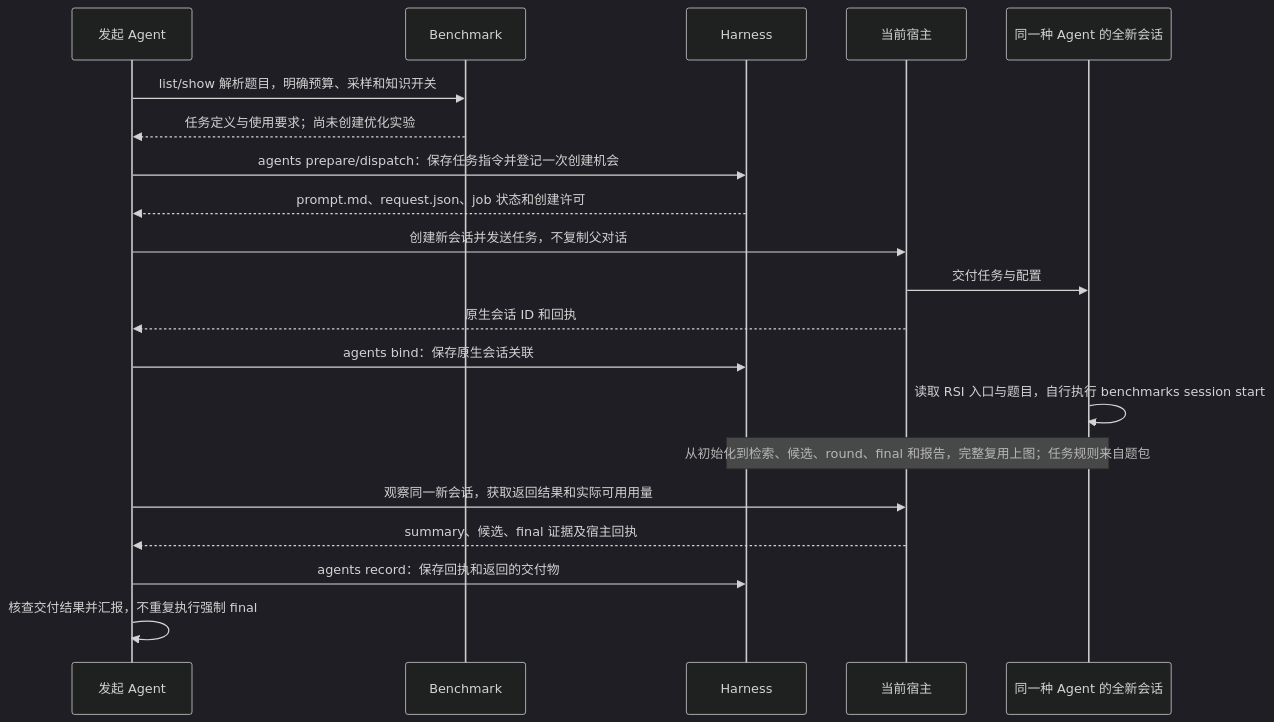
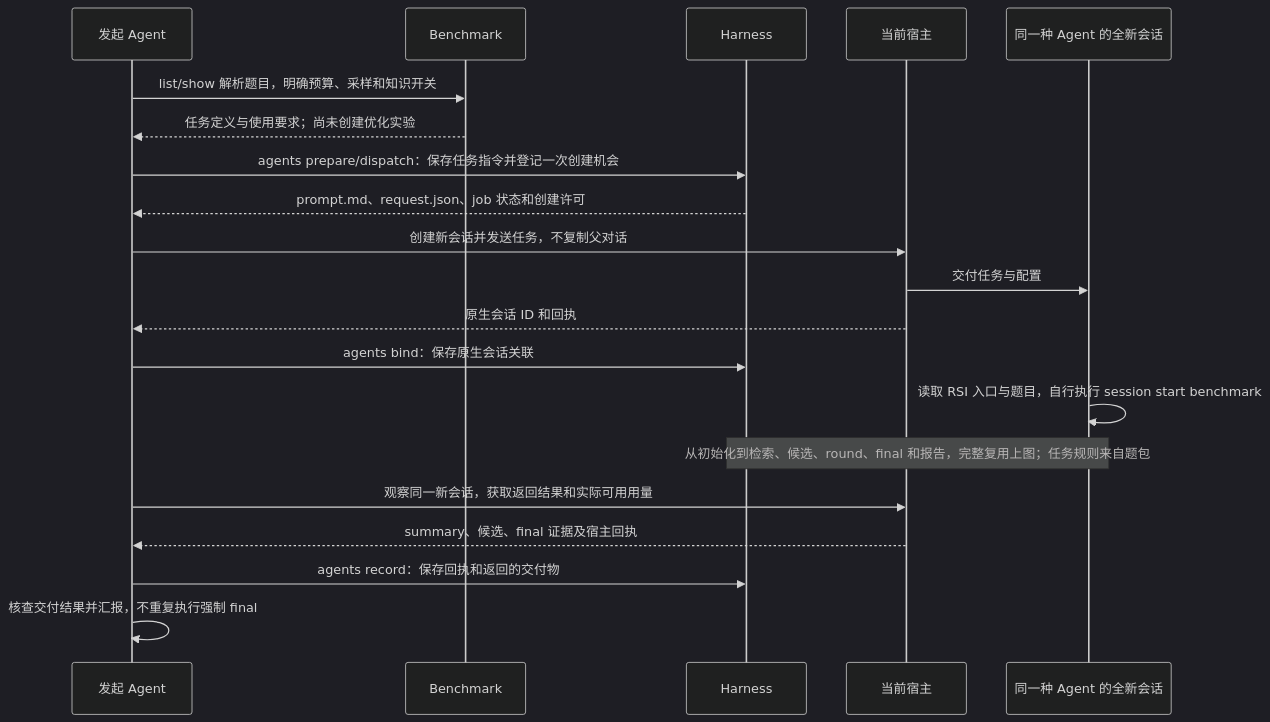
One commit to InferMatrixLab/InferRSI changed the second of 2 diagrams in docs/guides/optimization-workflow-unification.md. Above: the diagram before and after it, drawn with Mermaid (dark theme). The commit also changed other lines of this file and 68 other files, not shown here.

````diff
--- a/docs/guides/optimization-workflow-unification.md
+++ b/docs/guides/optimization-workflow-unification.md
@@ -115,22 +115,22 @@
 ```mermaid
 sequenceDiagram
     participant A as 发起 Agent
     participant B as Benchmark
     participant H as Harness
     participant N as 当前宿主
     participant E as 同一种 Agent 的全新会话
     A->>B: list/show 解析题目，明确预算、采样和知识开关
     B-->>A: 任务定义与使用要求；尚未创建优化实验
     A->>H: agents prepare/dispatch：保存任务指令并登记一次创建机会
     H-->>A: prompt.md、request.json、job 状态和创建许可
     A->>N: 创建新会话并发送任务，不复制父对话
     N->>E: 交付任务与配置
     N-->>A: 原生会话 ID 和回执
     A->>H: agents bind：保存原生会话关联
-    E->>E: 读取 RSI 入口与题目，自行执行 benchmarks session start
+    E->>E: 读取 RSI 入口与题目，自行执行 session start benchmark
     Note over E,H: 从初始化到检索、候选、round、final 和报告，完整复用上图；任务规则来自题包
     A->>N: 观察同一新会话，获取返回结果和实际可用用量
     N-->>A: summary、候选、final 证据及宿主回执
     A->>H: agents record：保存回执和返回的交付物
     A->>A: 核查交付结果并汇报，不重复执行强制 final
 ```
````
